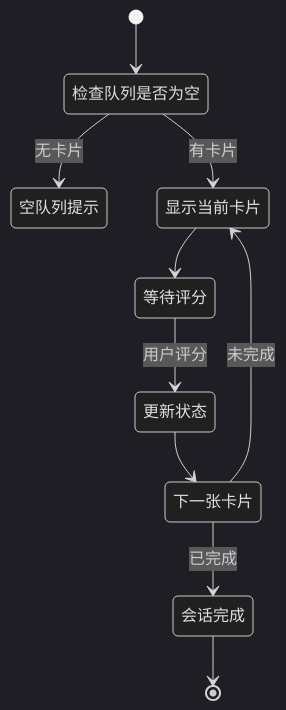
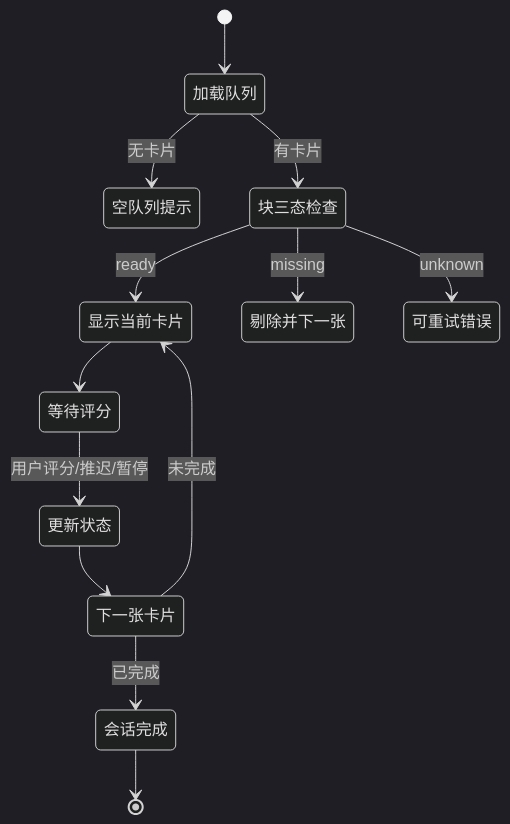
The second of 2 diagrams in 模块文档/SRS_卡片复习窗口.md (Samuelxiaozhuofeng/orca-srs-plugin), drawn with Mermaid (dark theme) before and after one commit. The commit also changed other lines of this file and 37 other files, not shown here.

````diff
--- a/模块文档/SRS_卡片复习窗口.md
+++ b/模块文档/SRS_卡片复习窗口.md
@@ -296,12 +291,15 @@
 ```mermaid
 stateDiagram-v2
-    [*] --> 检查队列是否为空
-    检查队列是否为空 --> 空队列提示: 无卡片
-    检查队列是否为空 --> 显示当前卡片: 有卡片
+    [*] --> 加载队列
+    加载队列 --> 空队列提示: 无卡片
+    加载队列 --> 块三态检查: 有卡片
+    块三态检查 --> 显示当前卡片: ready
+    块三态检查 --> 剔除并下一张: missing
+    块三态检查 --> 可重试错误: unknown
     显示当前卡片 --> 等待评分
-    等待评分 --> 更新状态: 用户评分
+    等待评分 --> 更新状态: 用户评分/推迟/暂停
     更新状态 --> 下一张卡片
     下一张卡片 --> 显示当前卡片: 未完成
     下一张卡片 --> 会话完成: 已完成
     会话完成 --> [*]
 ```
````
